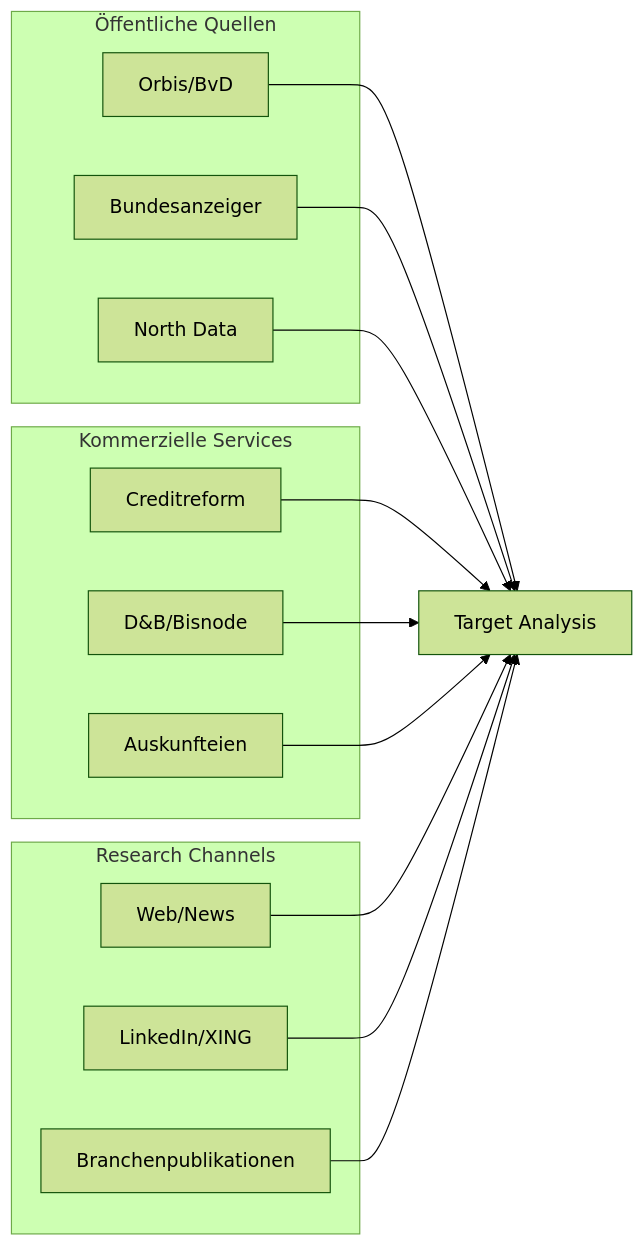
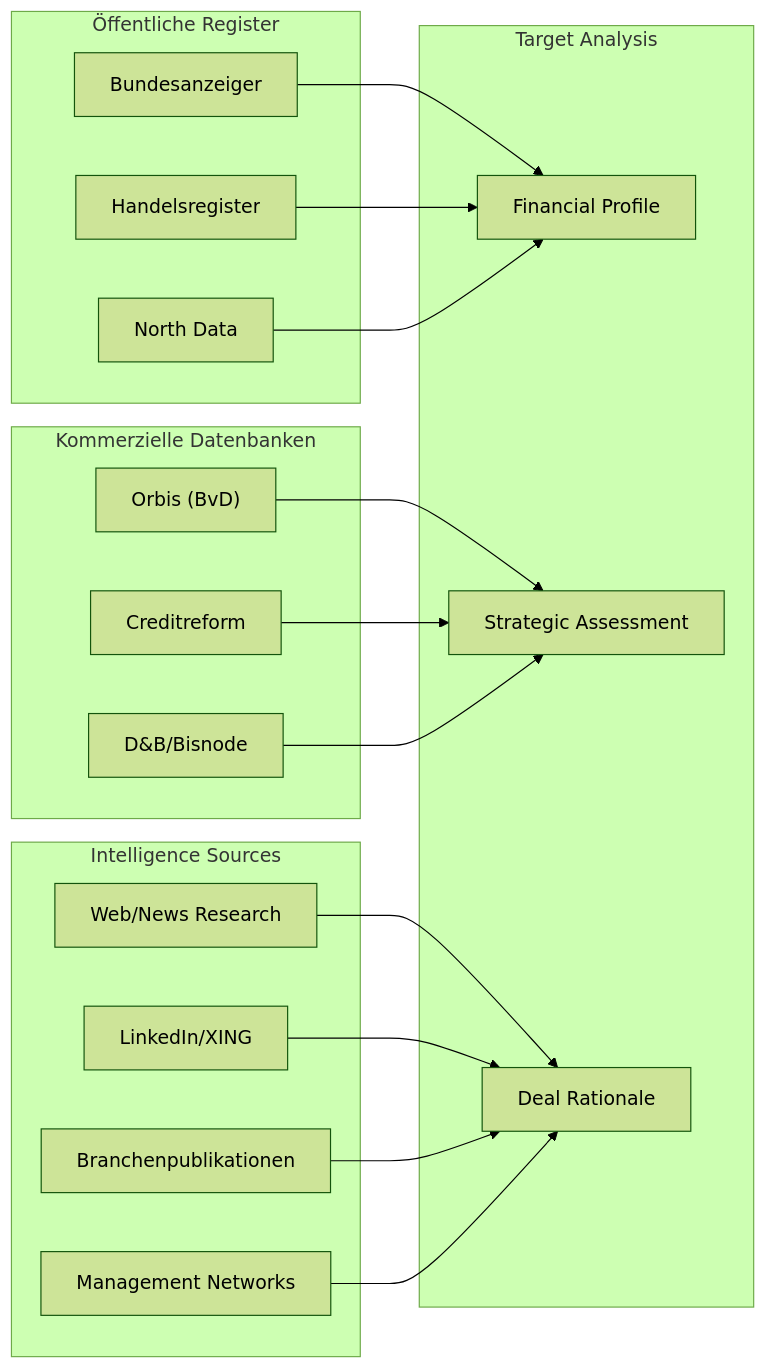
The third of 12 diagrams in 06b_Research_Private_Companies.md (ProfDrT/investment-bank), drawn with Mermaid (forest theme) before and after one commit. The commit also changed other lines of this file, not shown here.

First line of the commit message:
feat: comprehensive rewrite of private company research document

````diff
--- a/06b_Research_Private_Companies.md
+++ b/06b_Research_Private_Companies.md
@@ -42,28 +121,38 @@
 ```mermaid
 flowchart LR
-  subgraph "Öffentliche Quellen"
-    A["Orbis/BvD"] 
-    B["Bundesanzeiger"]
+  subgraph "Öffentliche Register"
+    A["Bundesanzeiger"]
+    B["Handelsregister"] 
     C["North Data"]
   end
-  subgraph "Kommerzielle Services"
-    D["Creditreform"]
-    E["D&B/Bisnode"]
-    F["Auskunfteien"]
+  
+  subgraph "Kommerzielle Datenbanken"
+    D["Orbis (BvD)"]
+    E["Creditreform"]
+    F["D&B/Bisnode"]
   end
-  subgraph "Research Channels"
-    G["Web/News"]
+  
+  subgraph "Intelligence Sources"
+    G["Web/News Research"]
     H["LinkedIn/XING"]
     I["Branchenpublikationen"]
+    J["Management Networks"]
   end
   
-  A --> J["Target Analysis"]
-  B --> J
-  C --> J
-  D --> J
-  E --> J
-  F --> J
-  G --> J
-  H --> J
-  I --> J
+  subgraph "Target Analysis"
+    K["Financial Profile"]
+    L["Strategic Assessment"]
+    M["Deal Rationale"]
+  end
+  
+  A --> K
+  B --> K
+  C --> K
+  D --> L
+  E --> L
+  F --> L
+  G --> M
+  H --> M
+  I --> M
+  J --> M
 ```
````
